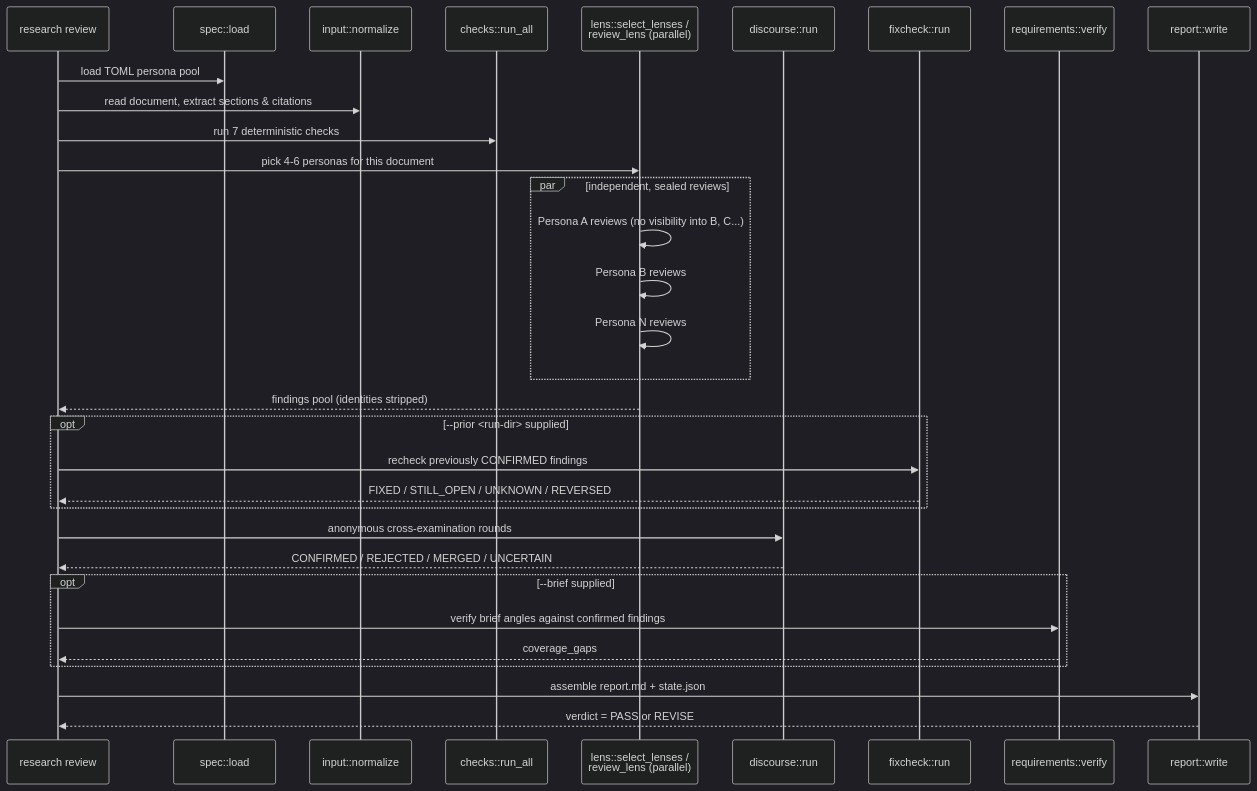
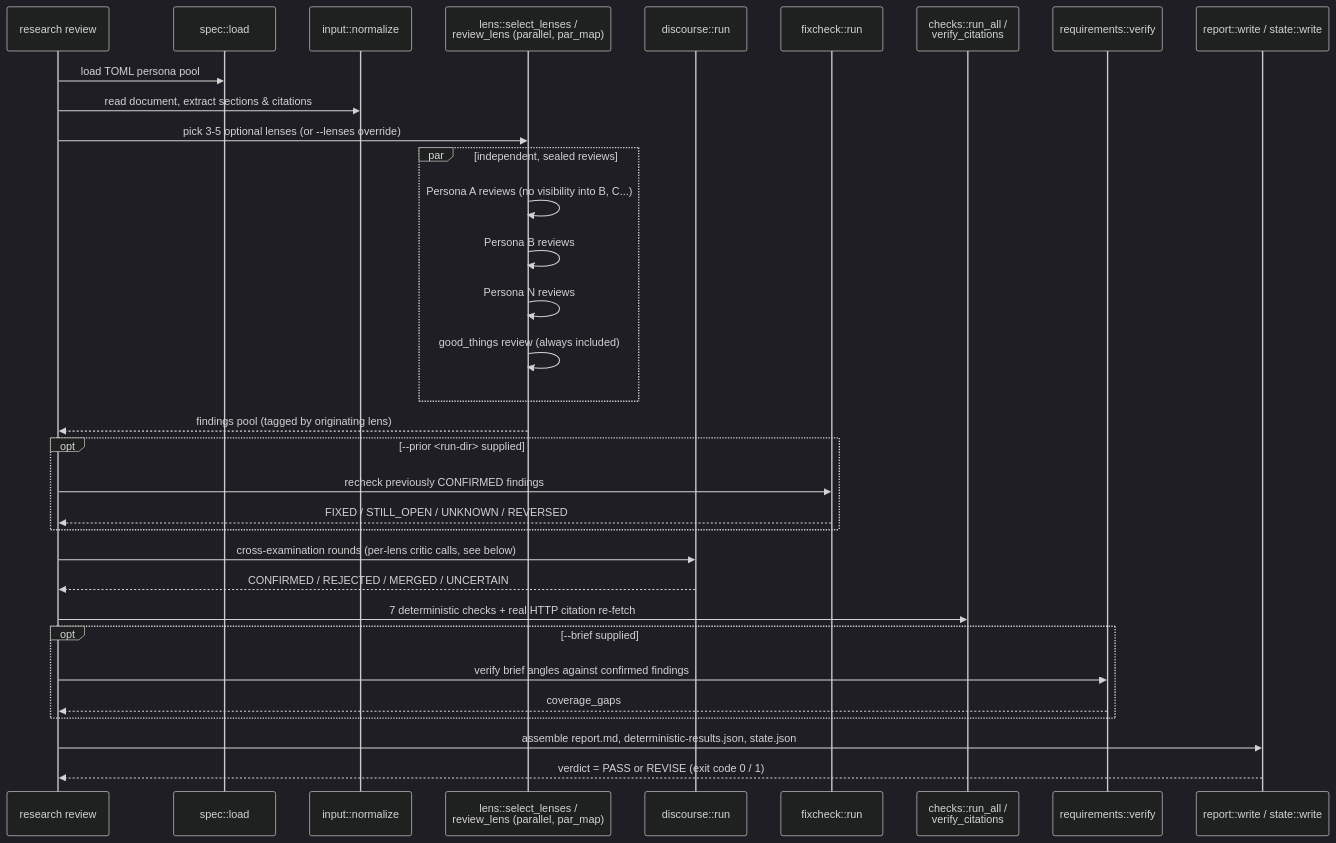
Before and after one commit to Loop-Suite/research-loop: the third of 8 diagrams in README.md, drawn with Mermaid (dark theme). The commit also changed other lines of this file, not shown here.

First line of the commit message:
docs: rewrite README to reflect the shipped N-way discourse pipeline

````diff
--- a/README.md
+++ b/README.md
@@ -96,35 +137,36 @@
 ```mermaid
 sequenceDiagram
     participant CLI as research review
     participant Spec as spec::load
     participant Input as input::normalize
-    participant Checks as checks::run_all
-    participant Lens as lens::select_lenses /<br/>review_lens (parallel)
+    participant Lens as lens::select_lenses /<br/>review_lens (parallel, par_map)
     participant Discourse as discourse::run
     participant Fix as fixcheck::run
+    participant Checks as checks::run_all /<br/>verify_citations
     participant Cov as requirements::verify
-    participant Report as report::write
+    participant Report as report::write / state::write
 
     CLI->>Spec: load TOML persona pool
     CLI->>Input: read document, extract sections & citations
-    CLI->>Checks: run 7 deterministic checks
-    CLI->>Lens: pick 4-6 personas for this document
+    CLI->>Lens: pick 3-5 optional lenses (or --lenses override)
     par independent, sealed reviews
         Lens->>Lens: Persona A reviews (no visibility into B, C...)
         Lens->>Lens: Persona B reviews
         Lens->>Lens: Persona N reviews
+        Lens->>Lens: good_things review (always included)
     end
-    Lens-->>CLI: findings pool (identities stripped)
+    Lens-->>CLI: findings pool (tagged by originating lens)
     opt --prior <run-dir> supplied
         CLI->>Fix: recheck previously CONFIRMED findings
         Fix-->>CLI: FIXED / STILL_OPEN / UNKNOWN / REVERSED
     end
-    CLI->>Discourse: anonymous cross-examination rounds
+    CLI->>Discourse: cross-examination rounds (per-lens critic calls, see below)
     Discourse-->>CLI: CONFIRMED / REJECTED / MERGED / UNCERTAIN
+    CLI->>Checks: 7 deterministic checks + real HTTP citation re-fetch
     opt --brief supplied
         CLI->>Cov: verify brief angles against confirmed findings
         Cov-->>CLI: coverage_gaps
     end
-    CLI->>Report: assemble report.md + state.json
-    Report-->>CLI: verdict = PASS or REVISE
+    CLI->>Report: assemble report.md, deterministic-results.json, state.json
+    Report-->>CLI: verdict = PASS or REVISE (exit code 0 / 1)
 ```
````
